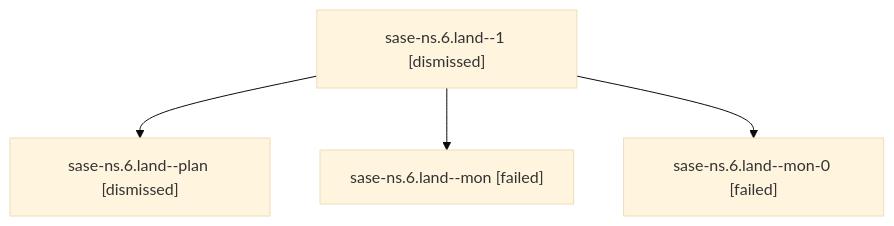
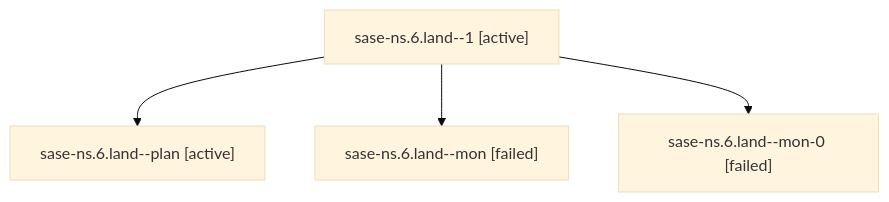
One commit to sase-org/sase--agents changed the diagram in families/bbugyi200.athena.sase-ns.6.land.md. Above: the diagram before and after it, drawn with Mermaid (base theme). The commit also changed other lines of this file and 35830 other files, not shown here.

````diff
--- a/families/bbugyi200.athena.sase-ns.6.land.md
+++ b/families/bbugyi200.athena.sase-ns.6.land.md
@@ -9,10 +9,10 @@
 ```mermaid
 flowchart TD
-  n0["sase-ns.6.land--1 [dismissed]"]
-  n1["sase-ns.6.land--plan [dismissed]"]
+  n0["sase-ns.6.land--1 [active]"]
+  n1["sase-ns.6.land--plan [active]"]
   n0 --> n1
   n2["sase-ns.6.land--mon [failed]"]
   n0 --> n2
   n3["sase-ns.6.land--mon-0 [failed]"]
   n0 --> n3
 ```
````
